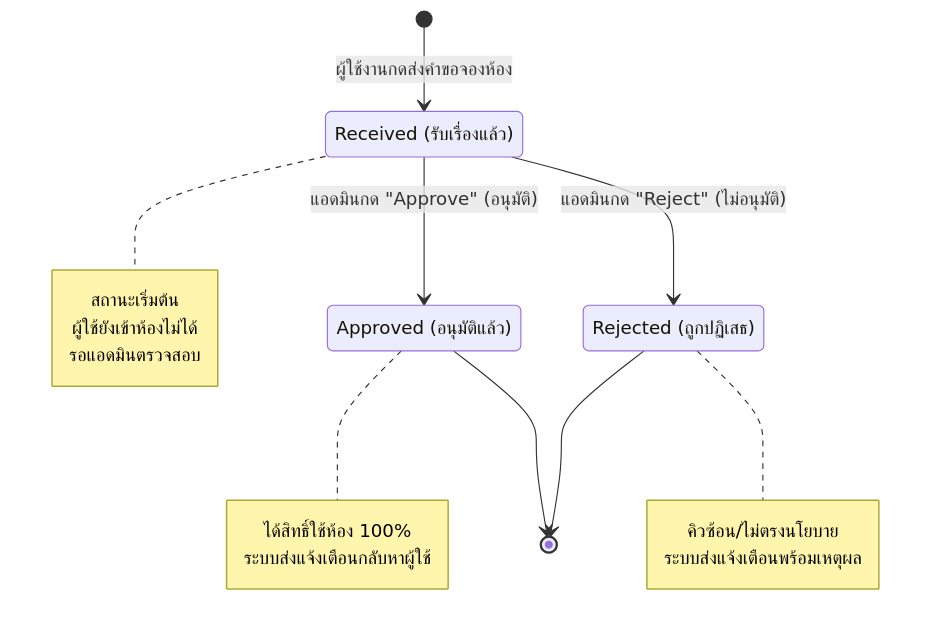
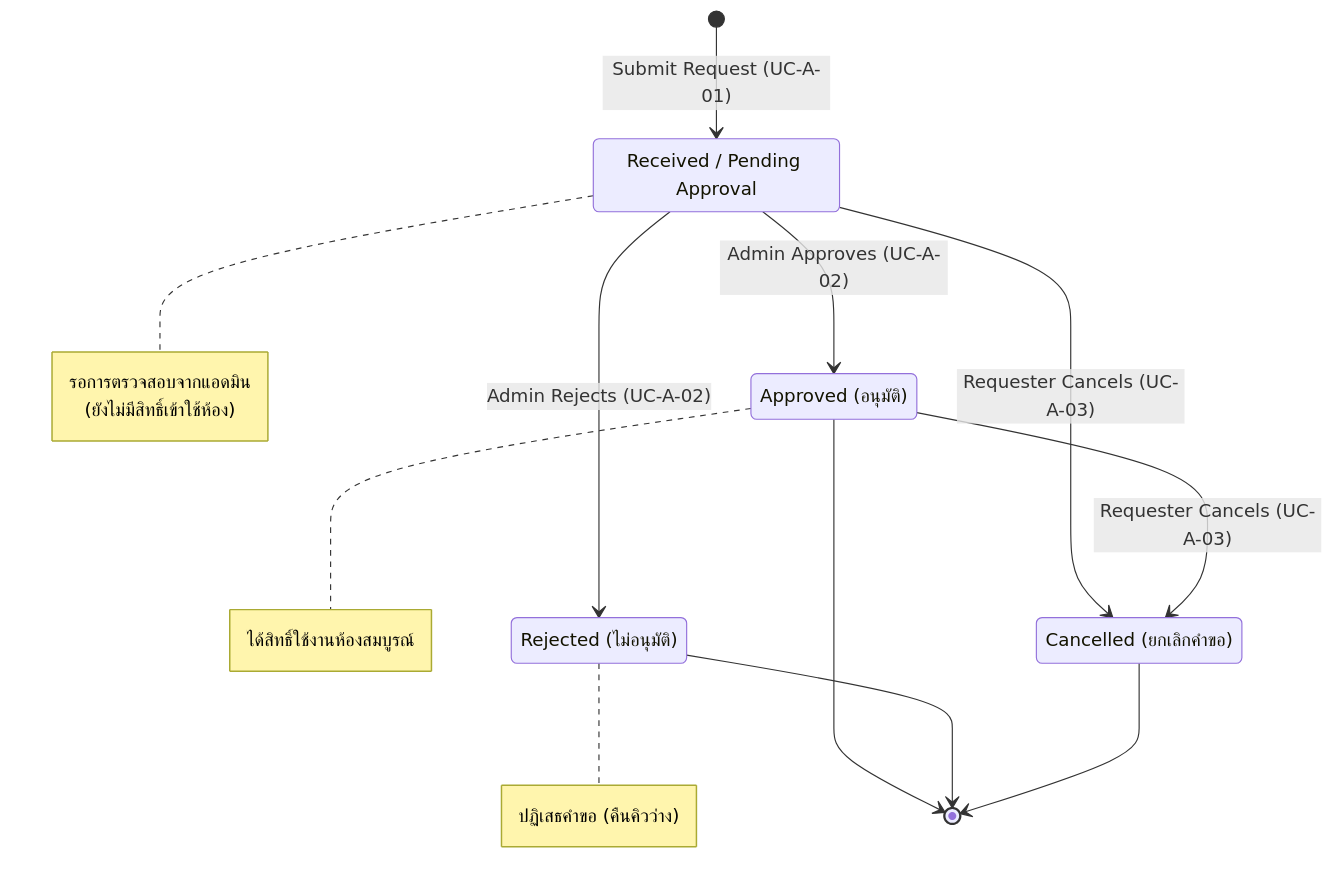
One commit to wongmano-cloud/project-case changed the diagram in P05_to_P07_Requirements.md. Above: the diagram before and after it, drawn with Mermaid. The commit also changed other lines of this file, not shown here.

````diff
--- a/P05_to_P07_Requirements.md
+++ b/P05_to_P07_Requirements.md
@@ -44,29 +139,32 @@
 ```mermaid
 stateDiagram-v2
-    [*] --> Received : ผู้ใช้งานกดส่งคำขอจองห้อง
-
-    state "Received (รับเรื่องแล้ว)" as Received
+    [*] --> Received : Submit Request (UC-A-01)
+    
+    state "Received / Pending Approval" as Received
     note right of Received
-        สถานะเริ่มต้น
-        ผู้ใช้ยังเข้าห้องไม่ได้
-        รอแอดมินตรวจสอบ
+        รอการตรวจสอบจากแอดมิน
+        (ยังไม่มีสิทธิ์เข้าใช้ห้อง)
     end note
-
-    Received --> Approved : แอดมินกด "Approve" (อนุมัติ)
-    Received --> Rejected : แอดมินกด "Reject" (ไม่อนุมัติ)
-
-    state "Approved (อนุมัติแล้ว)" as Approved
+    
+    Received --> Approved : Admin Approves (UC-A-02)
+    Received --> Rejected : Admin Rejects (UC-A-02)
+    Received --> Cancelled : Requester Cancels (UC-A-03)
+    
+    state "Approved (อนุมัติ)" as Approved
     note right of Approved
-        ได้สิทธิ์ใช้ห้อง 100%
-        ระบบส่งแจ้งเตือนกลับหาผู้ใช้
+        ได้สิทธิ์ใช้งานห้องสมบูรณ์
     end note
-
-    state "Rejected (ถูกปฏิเสธ)" as Rejected
+    
+    state "Rejected (ไม่อนุมัติ)" as Rejected
     note right of Rejected
-        คิวซ้อน/ไม่ตรงนโยบาย
-        ระบบส่งแจ้งเตือนพร้อมเหตุผล
+        ปฏิเสธคำขอ (คืนคิวว่าง)
     end note
-
+    
+    state "Cancelled (ยกเลิกคำขอ)" as Cancelled
+    
+    Approved --> Cancelled : Requester Cancels (UC-A-03)
+    
     Approved --> [*]
     Rejected --> [*]
+    Cancelled --> [*]
 ```
````
